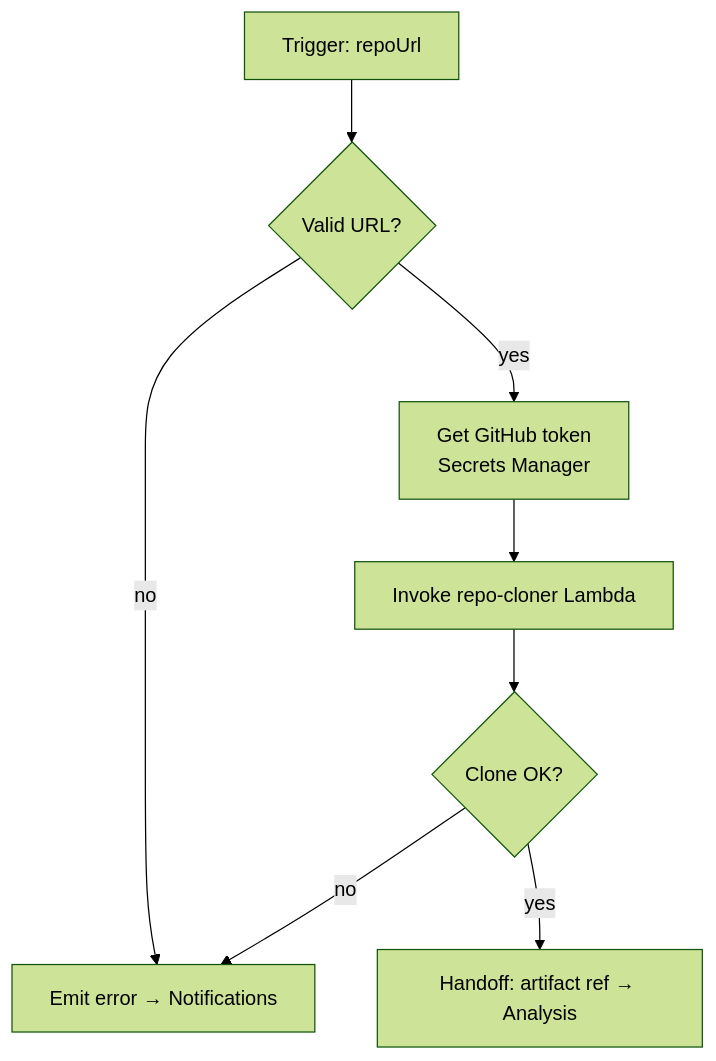
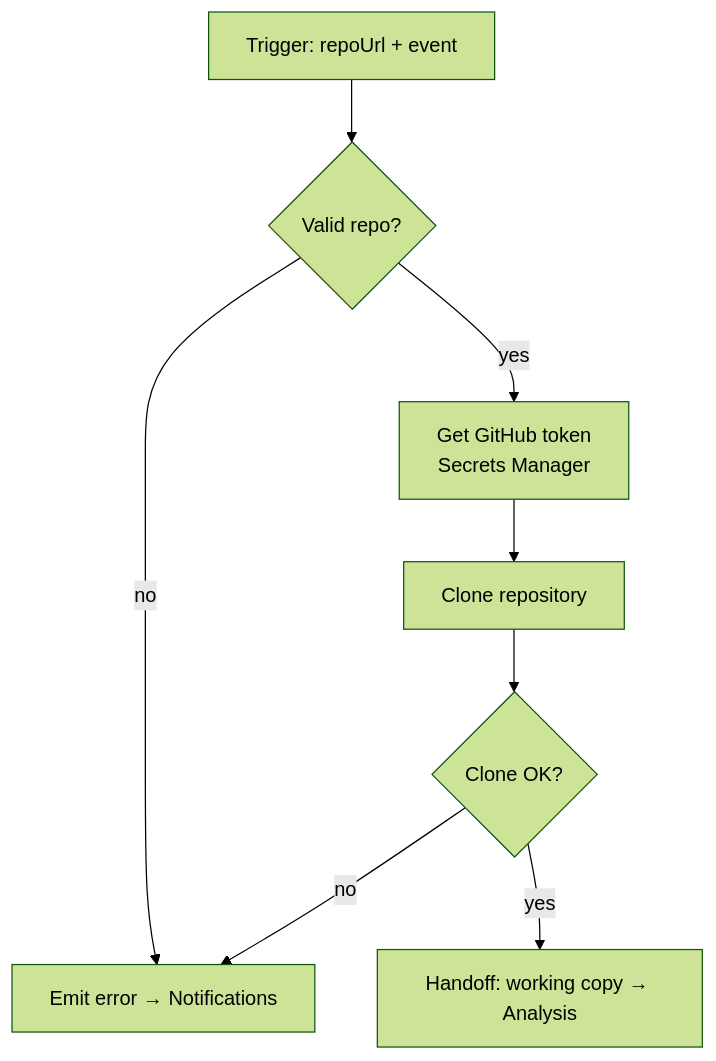
Before and after one commit to teddynted/ai-github-repository-blog-generator: the second of 6 diagrams in docs/workflows.md, drawn with Mermaid (forest theme). The commit also changed other lines of this file and 10 other files, not shown here.

````diff
--- a/docs/workflows.md
+++ b/docs/workflows.md
@@ -48,10 +46,10 @@
 ```mermaid
 flowchart TB
-    T[Trigger: repoUrl] --> V{Valid URL?}
+    T[Trigger: repoUrl + event] --> V{Valid repo?}
     V -- no --> E[Emit error → Notifications]
     V -- yes --> S[Get GitHub token<br/>Secrets Manager]
-    S --> C[Invoke repo-cloner Lambda]
+    S --> C[Clone repository]
     C --> R{Clone OK?}
     R -- no --> E
-    R -- yes --> H[Handoff: artifact ref → Analysis]
+    R -- yes --> H[Handoff: working copy → Analysis]
 ```
````
